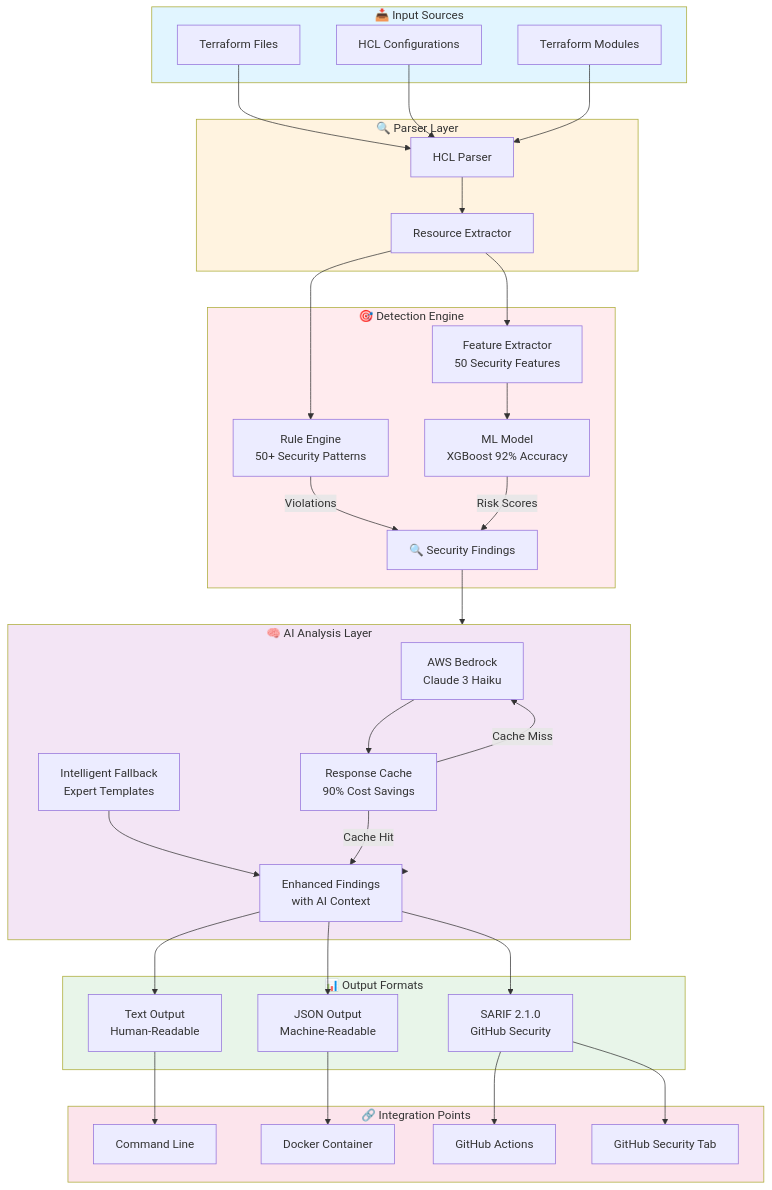
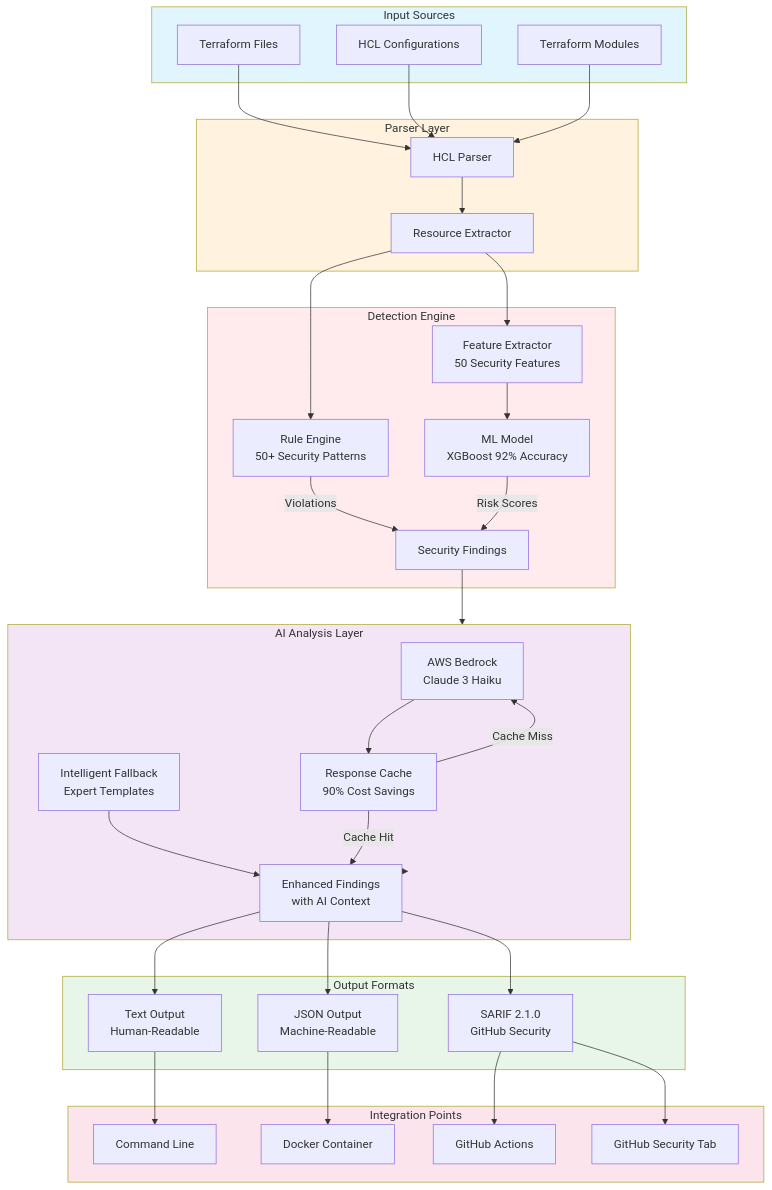
Before and after one commit to guna-hash/TerraSecure: the first of 4 diagrams in docs/ARCHITECTURE.md, drawn with Mermaid. The commit also changed other lines of this file, not shown here.

````diff
--- a/docs/ARCHITECTURE.md
+++ b/docs/ARCHITECTURE.md
@@ -31,74 +31,74 @@
 ```mermaid
 flowchart TB
-    subgraph Input["📥 Input Sources"]
+    subgraph Input["  Input Sources"]
         TF[Terraform Files]
         HCL[HCL Configurations]
         MOD[Terraform Modules]
     end
 
-    subgraph Parser["🔍 Parser Layer"]
+    subgraph Parser["  Parser Layer"]
         HP[HCL Parser]
         RE[Resource Extractor]
         HP --> RE
     end
 
-    subgraph Detection["🎯 Detection Engine"]
+    subgraph Detection["  Detection Engine"]
         RULES[Rule Engine<br/>50+ Security Patterns]
         ML[ML Model<br/>XGBoost 92% Accuracy]
         FEAT[Feature Extractor<br/>50 Security Features]
         
         RULES --> |Violations|FINDINGS
         ML --> |Risk Scores|FINDINGS
         FEAT --> ML
     end
 
-    subgraph AI["🧠 AI Analysis Layer"]
+    subgraph AI["  AI Analysis Layer"]
         BEDROCK[AWS Bedrock<br/>Claude 3 Haiku]
         FALLBACK[Intelligent Fallback<br/>Expert Templates]
         CACHE[Response Cache<br/>90% Cost Savings]
         
         BEDROCK --> CACHE
         CACHE --> |Cache Miss|BEDROCK
         CACHE --> |Cache Hit|ENHANCE
         FALLBACK --> ENHANCE
     end
 
-    subgraph Output["📊 Output Formats"]
+    subgraph Output["  Output Formats"]
         TEXT[Text Output<br/>Human-Readable]
         JSON[JSON Output<br/>Machine-Readable]
         SARIF[SARIF 2.1.0<br/>GitHub Security]
     end
 
-    subgraph Integration["🔗 Integration Points"]
+    subgraph Integration["  Integration Points"]
         GH[GitHub Actions]
         DOCKER[Docker Container]
         CLI[Command Line]
         GHSEC[GitHub Security Tab]
     end
 
     TF --> HP
     HCL --> HP
     MOD --> HP
     
     RE --> RULES
     RE --> FEAT
     
-    FINDINGS[🔍 Security Findings] --> AI
+    FINDINGS[  Security Findings] --> AI
     AI --> ENHANCE[Enhanced Findings<br/>with AI Context]
     
     ENHANCE --> TEXT
     ENHANCE --> JSON
     ENHANCE --> SARIF
     
     TEXT --> CLI
     JSON --> DOCKER
     SARIF --> GH
     SARIF --> GHSEC
     
     style Input fill:#e1f5ff
     style Parser fill:#fff3e0
     style Detection fill:#ffebee
     style AI fill:#f3e5f5
     style Output fill:#e8f5e9
     style Integration fill:#fce4ec
 ```
````
